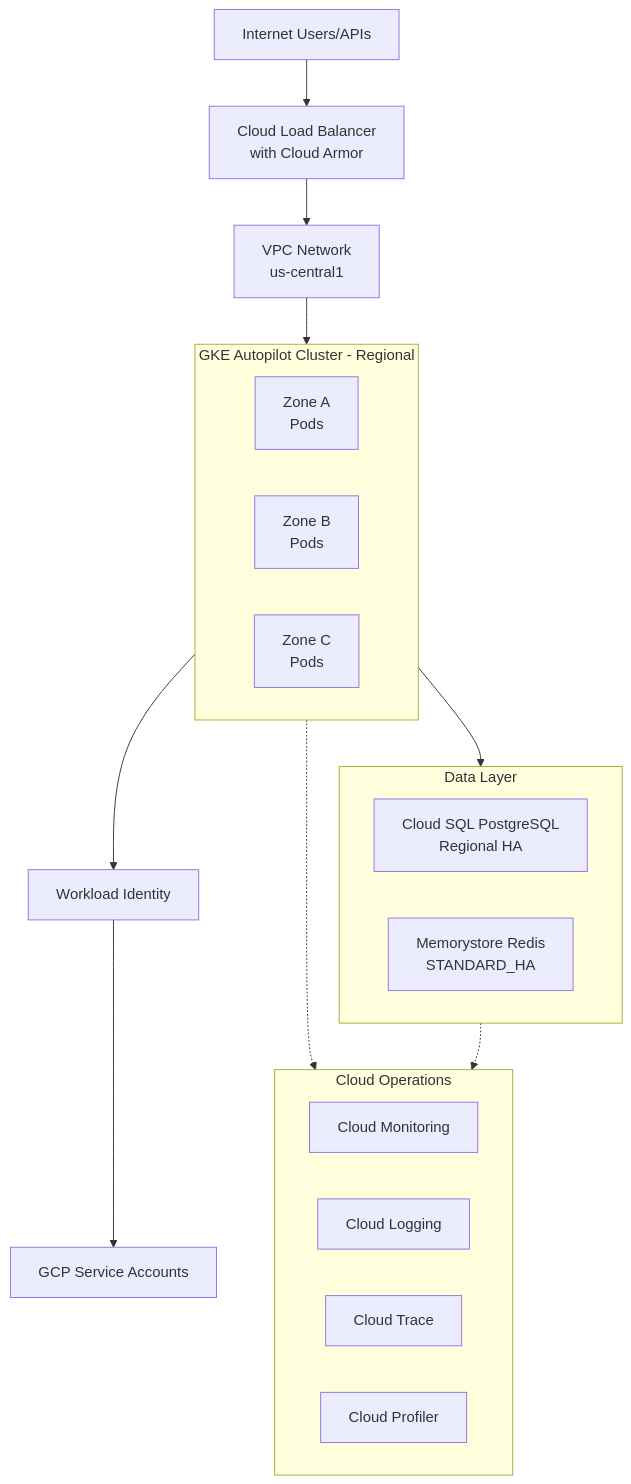
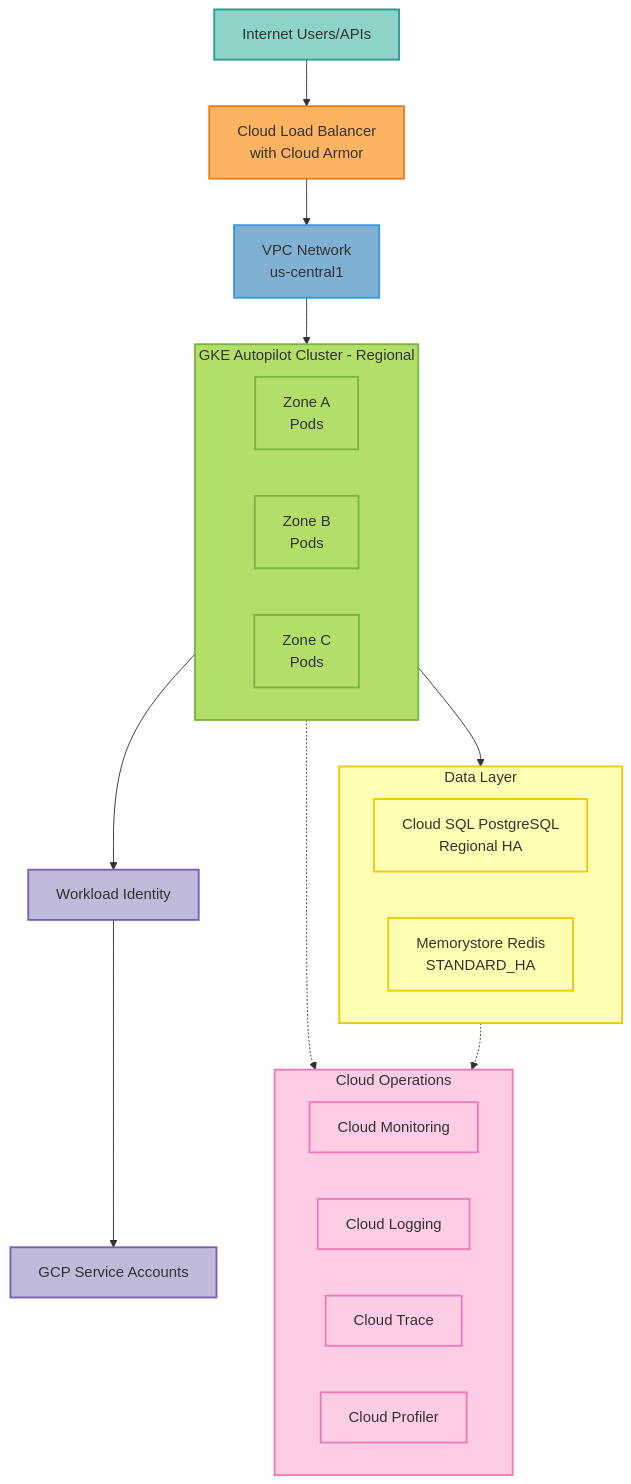
The diagram in docs/deployment/kubernetes/gke-production.mdx (vishnu2kmohan/mcp-server-langgraph), drawn with Mermaid before and after one commit. The commit also changed 13 other files, not shown here.

First line of the commit message:
docs: apply ColorBrewer2 Set3 styling to all remaining diagrams and enforce standards

````diff
--- a/docs/deployment/kubernetes/gke-production.mdx
+++ b/docs/deployment/kubernetes/gke-production.mdx
@@ -130,36 +130,53 @@
 ```mermaid
 flowchart TB
     Internet[Internet Users/APIs]
     LB[Cloud Load Balancer<br/>with Cloud Armor]
     VPC[VPC Network<br/>us-central1]
 
     subgraph GKE[GKE Autopilot Cluster - Regional]
         ZoneA[Zone A<br/>Pods]
         ZoneB[Zone B<br/>Pods]
         ZoneC[Zone C<br/>Pods]
     end
 
     WI[Workload Identity]
     GCPSA[GCP Service Accounts]
 
     subgraph Data[Data Layer]
         SQL[Cloud SQL PostgreSQL<br/>Regional HA]
         Redis[Memorystore Redis<br/>STANDARD_HA]
     end
 
     subgraph Observability[Cloud Operations]
         Monitor[Cloud Monitoring]
         Logging[Cloud Logging]
         Trace[Cloud Trace]
         Profiler[Cloud Profiler]
     end
 
     Internet --> LB
     LB --> VPC
     VPC --> GKE
     GKE --> WI
     WI --> GCPSA
     GKE --> Data
     GKE -.-> Observability
     Data -.-> Observability
+
+    %% ColorBrewer2 Set3 palette - each component type uniquely colored
+    classDef externalStyle fill:#8dd3c7,stroke:#2a9d8f,stroke-width:2px,color:#333
+    classDef ingressStyle fill:#fdb462,stroke:#e67e22,stroke-width:2px,color:#333
+    classDef networkStyle fill:#80b1d3,stroke:#3498db,stroke-width:2px,color:#333
+    classDef clusterStyle fill:#b3de69,stroke:#7cb342,stroke-width:2px,color:#333
+    classDef authStyle fill:#bebada,stroke:#7e5eb0,stroke-width:2px,color:#333
+    classDef dataStyle fill:#ffffb3,stroke:#f1c40f,stroke-width:2px,color:#333
+    classDef obsStyle fill:#fccde5,stroke:#ec7ab8,stroke-width:2px,color:#333
+
+    class Internet externalStyle
+    class LB ingressStyle
+    class VPC networkStyle
+    class GKE,ZoneA,ZoneB,ZoneC clusterStyle
+    class WI,GCPSA authStyle
+    class Data,SQL,Redis dataStyle
+    class Observability,Monitor,Logging,Trace,Profiler obsStyle
 ```
````
